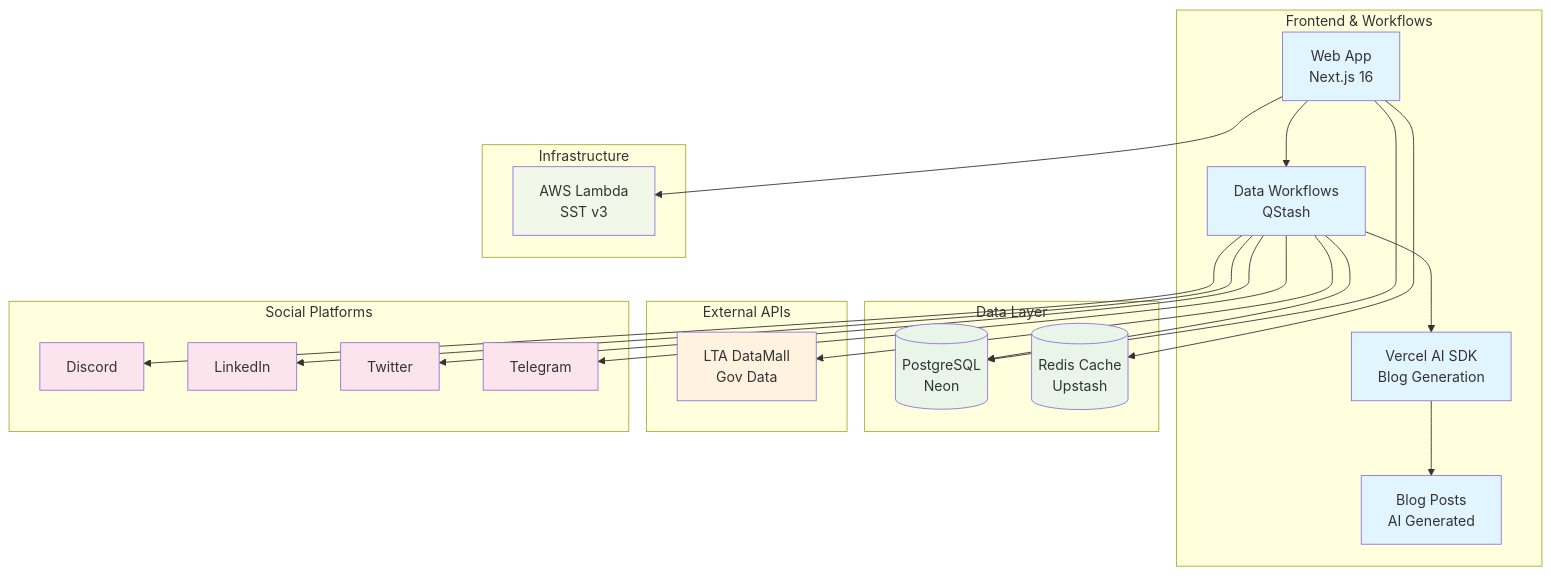
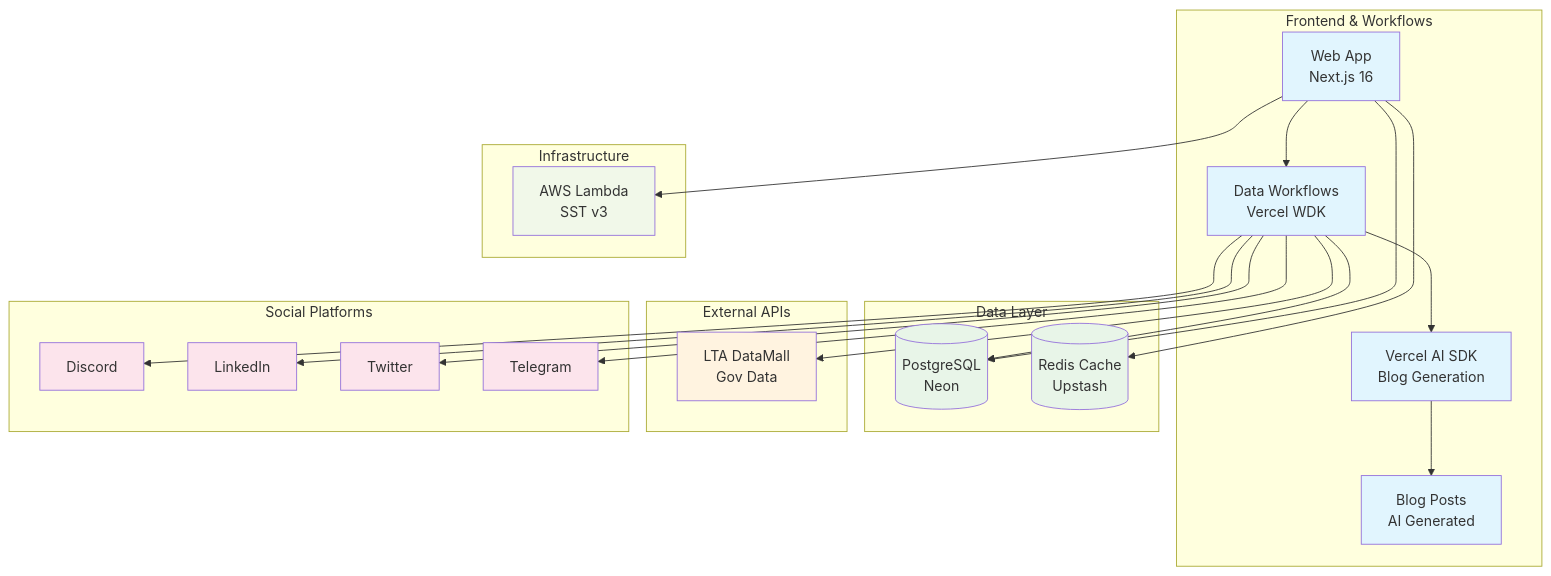
Before and after one commit to sgcarstrends/sgcarstrends: the diagram in README.md, drawn with Mermaid. The commit also changed other lines of this file and 20 other files, not shown here.

````diff
--- a/README.md
+++ b/README.md
@@ -17,58 +17,58 @@
 ```mermaid
 graph TB
     subgraph "Frontend & Workflows"
         WEB[Web App<br/>Next.js 16]
         BLOG[Blog Posts<br/>AI Generated]
-        WORKFLOWS[Data Workflows<br/>QStash]
+        WORKFLOWS[Data Workflows<br/>Vercel WDK]
         LLM[Vercel AI SDK<br/>Blog Generation]
     end
 
     subgraph "Data Layer"
         DB[(PostgreSQL<br/>Neon)]
         REDIS[(Redis Cache<br/>Upstash)]
     end
 
     subgraph "External APIs"
         LTA[LTA DataMall<br/>Gov Data]
     end
 
     subgraph "Social Platforms"
         DISCORD[Discord]
         LINKEDIN[LinkedIn]
         TWITTER[Twitter]
         TELEGRAM[Telegram]
     end
 
     subgraph "Infrastructure"
         AWS[AWS Lambda<br/>SST v3]
     end
 
     WEB --> WORKFLOWS
     WEB --> DB
     WEB --> REDIS
 
     WORKFLOWS --> LTA
     WORKFLOWS --> DB
     WORKFLOWS --> LLM
     LLM --> BLOG
 
     WORKFLOWS --> DISCORD
     WORKFLOWS --> LINKEDIN
     WORKFLOWS --> TWITTER
     WORKFLOWS --> TELEGRAM
 
     WEB --> AWS
 
     classDef frontend fill:#e1f5fe
     classDef backend fill:#f3e5f5
     classDef data fill:#e8f5e8
     classDef external fill:#fff3e0
     classDef social fill:#fce4ec
     classDef infra fill:#f1f8e9
 
     class WEB,BLOG,WORKFLOWS,LLM frontend
     class DB,REDIS data
     class LTA external
     class DISCORD,LINKEDIN,TWITTER,TELEGRAM social
     class AWS infra
 ```
````
